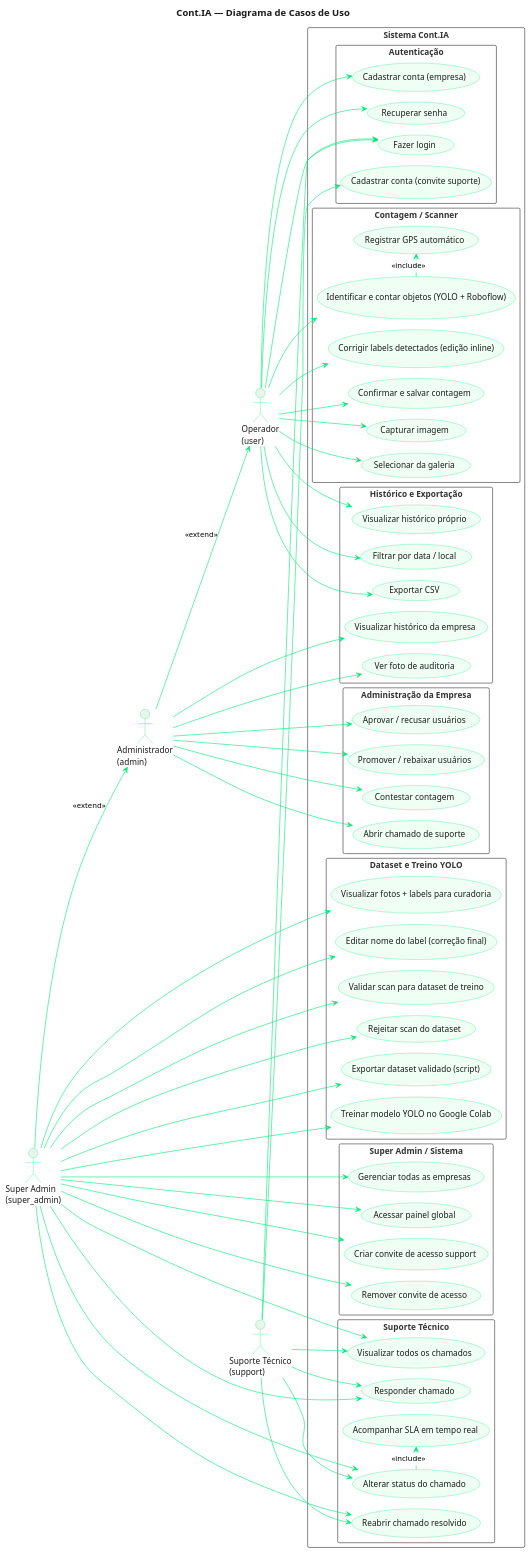
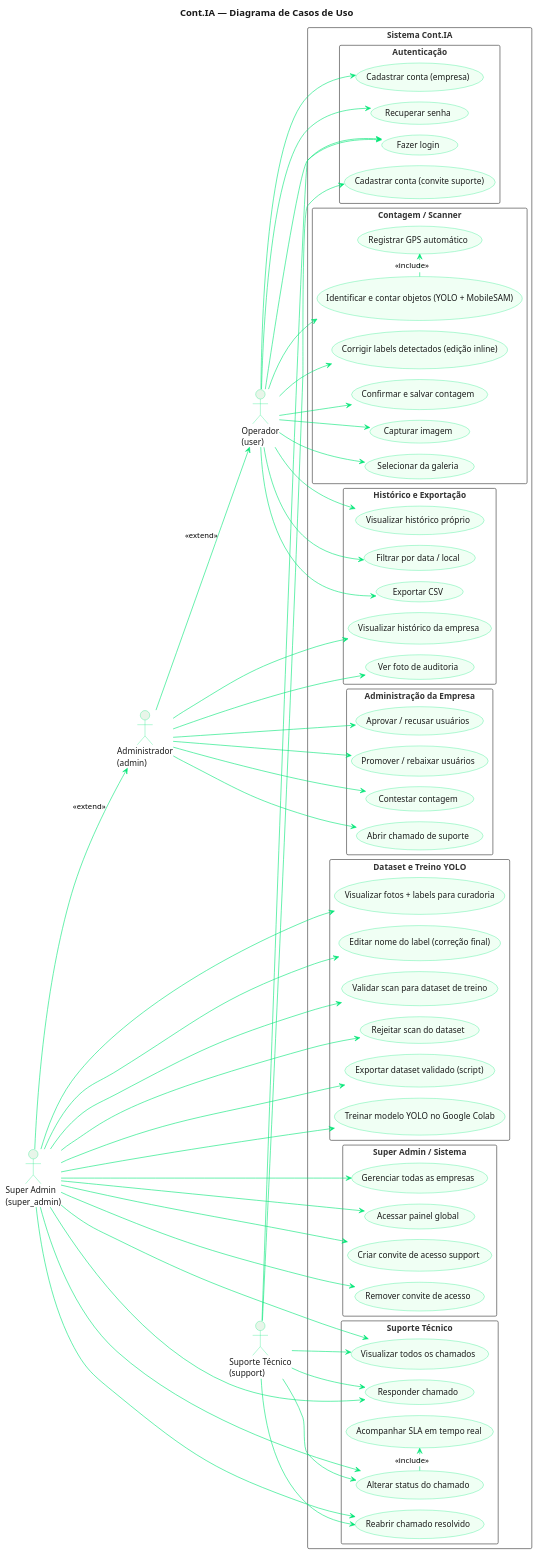
The diagram in docs/diagramas/01_casos_de_uso.puml (JuBertoldo/cont-ia), drawn with PlantUML before and after one commit. The commit also changed 8 other files, not shown here.

First line of the commit message:
docs(diagramas): atualizar 9 diagramas PlantUML para pipeline YOLO11 + MobileSAM

```diff
--- a/docs/diagramas/01_casos_de_uso.puml
+++ b/docs/diagramas/01_casos_de_uso.puml
@@ -1,132 +1,132 @@
 @startuml 01_casos_de_uso
 !pragma layout smetana
 title Cont.IA — Diagrama de Casos de Uso
 
 skinparam backgroundColor #FFFFFF
 skinparam actorBackgroundColor #E8F5E9
 skinparam actorBorderColor #00E676
 skinparam actorFontColor #1A1A1A
 skinparam usecaseBackgroundColor #F0FFF4
 skinparam usecaseBorderColor #00E676
 skinparam usecaseFontColor #1A1A1A
 skinparam arrowColor #00E676
 skinparam rectangleBorderColor #333333
 skinparam rectangleFontColor #333333
 skinparam titleFontColor #1A1A1A
 skinparam titleFontSize 16
 
 left to right direction
 
 actor "Operador\n(user)" as OP
 actor "Administrador\n(admin)" as ADM
 actor "Suporte Técnico\n(support)" as SUP
 actor "Super Admin\n(super_admin)" as SA
 
 rectangle "Sistema Cont.IA" {
 
     rectangle "Autenticação" {
         usecase "Cadastrar conta (empresa)" as UC1
         usecase "Cadastrar conta (convite suporte)" as UC1B
         usecase "Fazer login" as UC2
         usecase "Recuperar senha" as UC3
     }
 
     rectangle "Contagem / Scanner" {
         usecase "Capturar imagem" as UC4
         usecase "Selecionar da galeria" as UC5
-        usecase "Identificar e contar objetos (YOLO + Roboflow)" as UC6
+        usecase "Identificar e contar objetos (YOLO + MobileSAM)" as UC6
         usecase "Corrigir labels detectados (edição inline)" as UC6B
         usecase "Confirmar e salvar contagem" as UC7
         usecase "Registrar GPS automático" as UC8
     }
 
     rectangle "Dataset e Treino YOLO" {
         usecase "Visualizar fotos + labels para curadoria" as UC27
         usecase "Editar nome do label (correção final)" as UC28
         usecase "Validar scan para dataset de treino" as UC29
         usecase "Rejeitar scan do dataset" as UC30
         usecase "Exportar dataset validado (script)" as UC31
         usecase "Treinar modelo YOLO no Google Colab" as UC32
     }
 
     rectangle "Histórico e Exportação" {
         usecase "Visualizar histórico próprio" as UC9
         usecase "Visualizar histórico da empresa" as UC10
         usecase "Filtrar por data / local" as UC11
         usecase "Exportar CSV" as UC12
         usecase "Ver foto de auditoria" as UC13
     }
 
     rectangle "Administração da Empresa" {
         usecase "Aprovar / recusar usuários" as UC14
         usecase "Promover / rebaixar usuários" as UC15
         usecase "Contestar contagem" as UC16
         usecase "Abrir chamado de suporte" as UC17
     }
 
     rectangle "Suporte Técnico" {
         usecase "Visualizar todos os chamados" as UC18
         usecase "Responder chamado" as UC19
         usecase "Alterar status do chamado" as UC20
         usecase "Reabrir chamado resolvido" as UC21
         usecase "Acompanhar SLA em tempo real" as UC22
     }
 
     rectangle "Super Admin / Sistema" {
         usecase "Gerenciar todas as empresas" as UC23
         usecase "Acessar painel global" as UC24
         usecase "Criar convite de acesso support" as UC25
         usecase "Remover convite de acesso" as UC26
     }
 }
 
 ' Operador
 OP --> UC1
 OP --> UC2
 OP --> UC3
 OP --> UC4
 OP --> UC5
 OP --> UC6
 OP --> UC6B
 OP --> UC7
 UC6 .> UC8 : <<include>>
 OP --> UC9
 OP --> UC11
 OP --> UC12
 
 ' Administrador herda do Operador
 ADM --> OP : <<extend>>
 ADM --> UC10
 ADM --> UC13
 ADM --> UC14
 ADM --> UC15
 ADM --> UC16
 ADM --> UC17
 
 ' Suporte Técnico
 SUP --> UC1B
 SUP --> UC2
 SUP --> UC18
 SUP --> UC19
 SUP --> UC20
 SUP --> UC21
 UC20 .> UC22 : <<include>>
 
 ' Super Admin herda do Administrador
 SA --> ADM : <<extend>>
 SA --> UC23
 SA --> UC24
 SA --> UC25
 SA --> UC26
 SA --> UC18
 SA --> UC19
 SA --> UC20
 SA --> UC21
 SA --> UC27
 SA --> UC28
 SA --> UC29
 SA --> UC30
 SA --> UC31
 SA --> UC32
 
 @enduml
```
